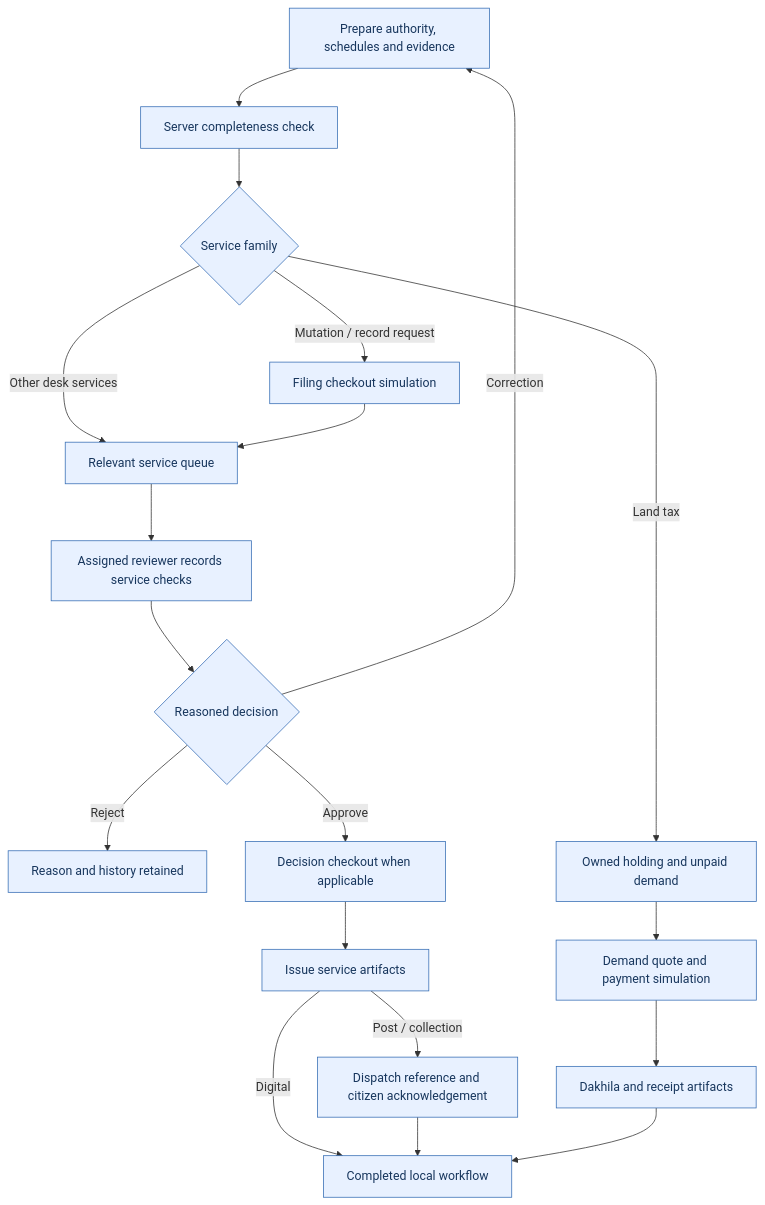
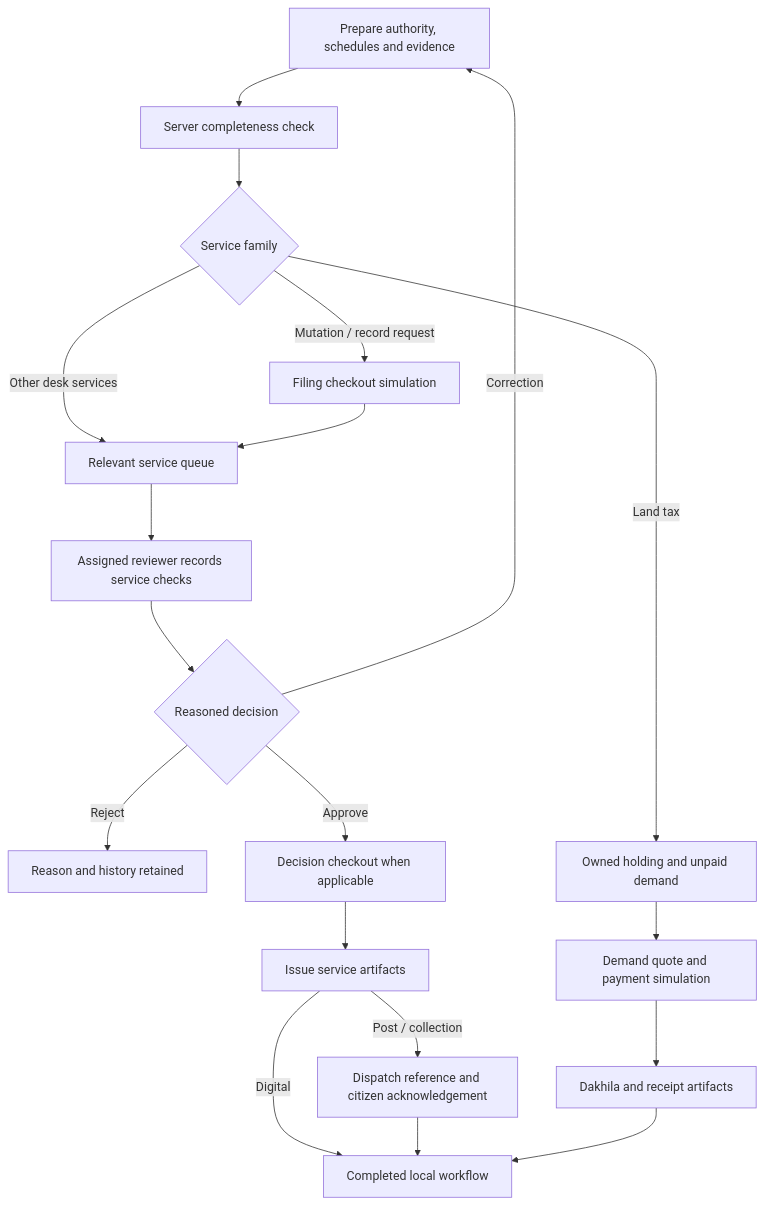
The second of 3 diagrams in README.md (Shreyalien/E-Bhumi), drawn with Mermaid before and after one commit. The commit also changed other lines of this file and 10 other files, not shown here.

````diff
--- a/README.md
+++ b/README.md
@@ -240,23 +240,21 @@
 ```mermaid
 flowchart TD
     P[Prepare authority, schedules and evidence] --> C[Server completeness check]
     C --> M{Service family}
     M -->|Mutation / record request| F[Filing checkout simulation]
     M -->|Other desk services| Q[Relevant service queue]
     F --> Q
     Q --> R[Assigned reviewer records service checks]
     R --> X{Reasoned decision}
     X -->|Correction| P
     X -->|Reject| J[Reason and history retained]
     X -->|Approve| D[Decision checkout when applicable]
     D --> O[Issue service artifacts]
     O -->|Digital| END[Completed local workflow]
     O -->|Post / collection| A[Dispatch reference and citizen acknowledgement]
     A --> END
     M -->|Land tax| H[Owned holding and unpaid demand]
     H --> T[Demand quote and payment simulation]
     T --> K[Dakhila and receipt artifacts]
     K --> END
-    classDef blue fill:#e8f1ff,stroke:#376eb5,color:#17365d;
-    class P,C,M,F,Q,R,X,J,D,O,A,END,H,T,K blue;
 ```
````
